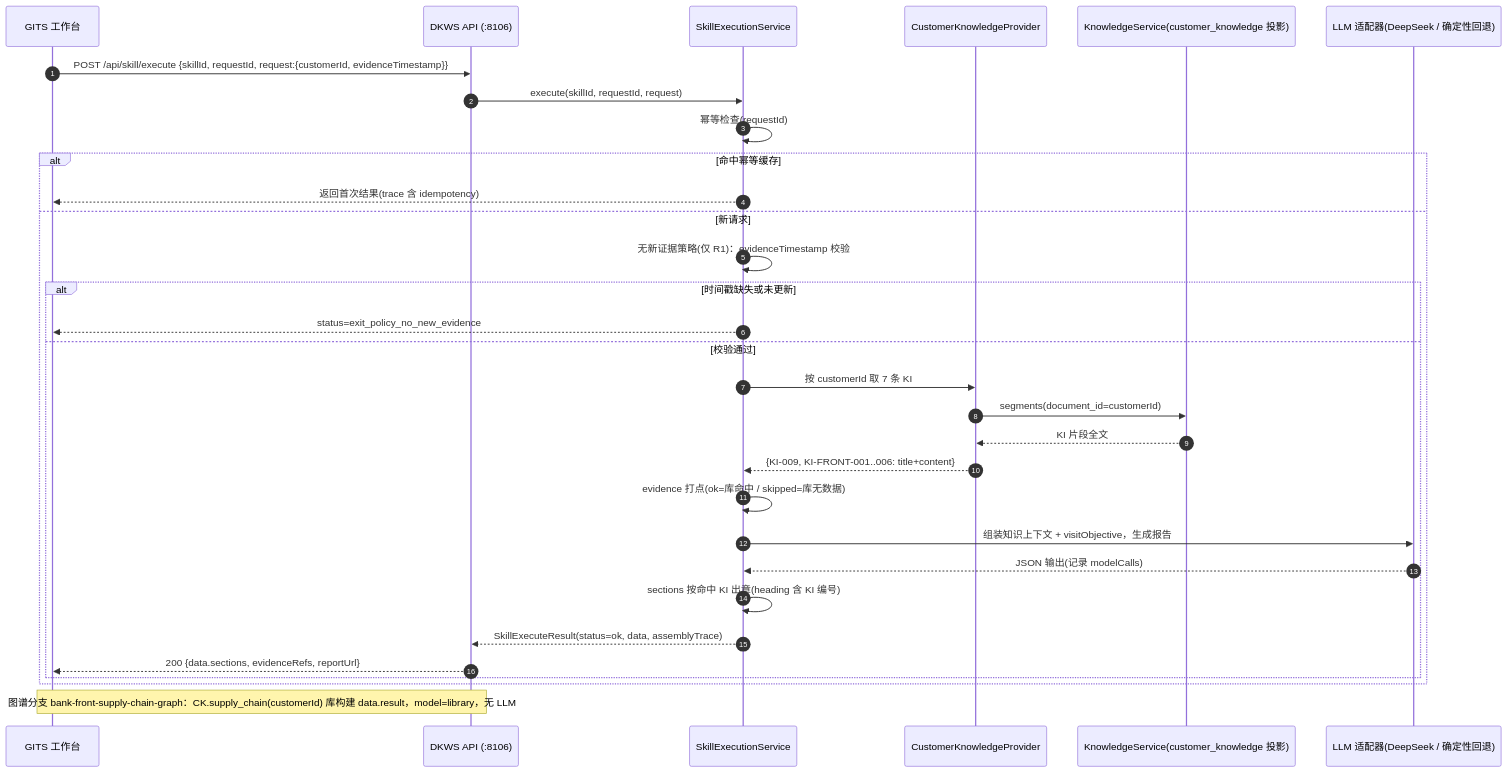
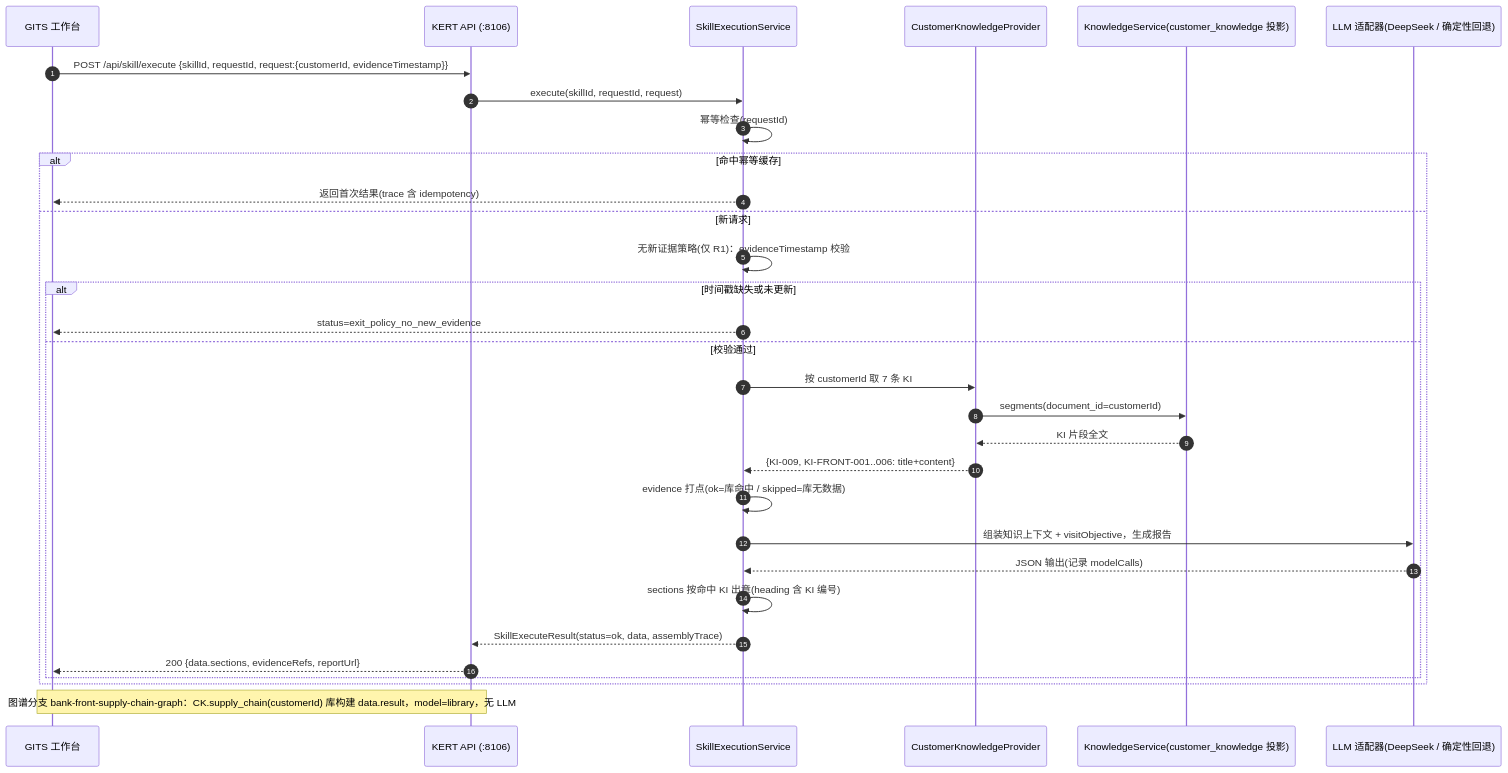
One commit to shaozhongfei001/Leibniz-KERT changed the third of 4 diagrams in docs/architecture.md. Above: the diagram before and after it, drawn with Mermaid. The commit also changed other lines of this file and 521 other files, not shown here.

First line of the commit message:
refactor: rename dkws to kert across repository

````diff
--- a/docs/architecture.md
+++ b/docs/architecture.md
@@ -127,33 +127,33 @@
 ```mermaid
 sequenceDiagram
     autonumber
     participant G as GITS 工作台
-    participant D as DKWS API (:8106)
+    participant D as KERT API (:8106)
     participant S as SkillExecutionService
     participant CK as CustomerKnowledgeProvider
     participant KS as KnowledgeService(customer_knowledge 投影)
     participant LLM as LLM 适配器(DeepSeek / 确定性回退)
     G->>D: POST /api/skill/execute {skillId, requestId, request:{customerId, evidenceTimestamp}}
     D->>S: execute(skillId, requestId, request)
     S->>S: 幂等检查(requestId)
     alt 命中幂等缓存
         S-->>G: 返回首次结果(trace 含 idempotency)
     else 新请求
         S->>S: 无新证据策略(仅 R1)：evidenceTimestamp 校验
         alt 时间戳缺失或未更新
             S-->>G: status=exit_policy_no_new_evidence
         else 校验通过
             S->>CK: 按 customerId 取 7 条 KI
             CK->>KS: segments(document_id=customerId)
             KS-->>CK: KI 片段全文
             CK-->>S: {KI-009, KI-FRONT-001..006: title+content}
             S->>S: evidence 打点(ok=库命中 / skipped=库无数据)
             S->>LLM: 组装知识上下文 + visitObjective，生成报告
             LLM-->>S: JSON 输出(记录 modelCalls)
             S->>S: sections 按命中 KI 出章(heading 含 KI 编号)
             S-->>D: SkillExecuteResult(status=ok, data, assemblyTrace)
             D-->>G: 200 {data.sections, evidenceRefs, reportUrl}
         end
     end
     Note over G,D: 图谱分支 bank-front-supply-chain-graph：CK.supply_chain(customerId) 库构建 data.result，model=library，无 LLM
 ```
````
